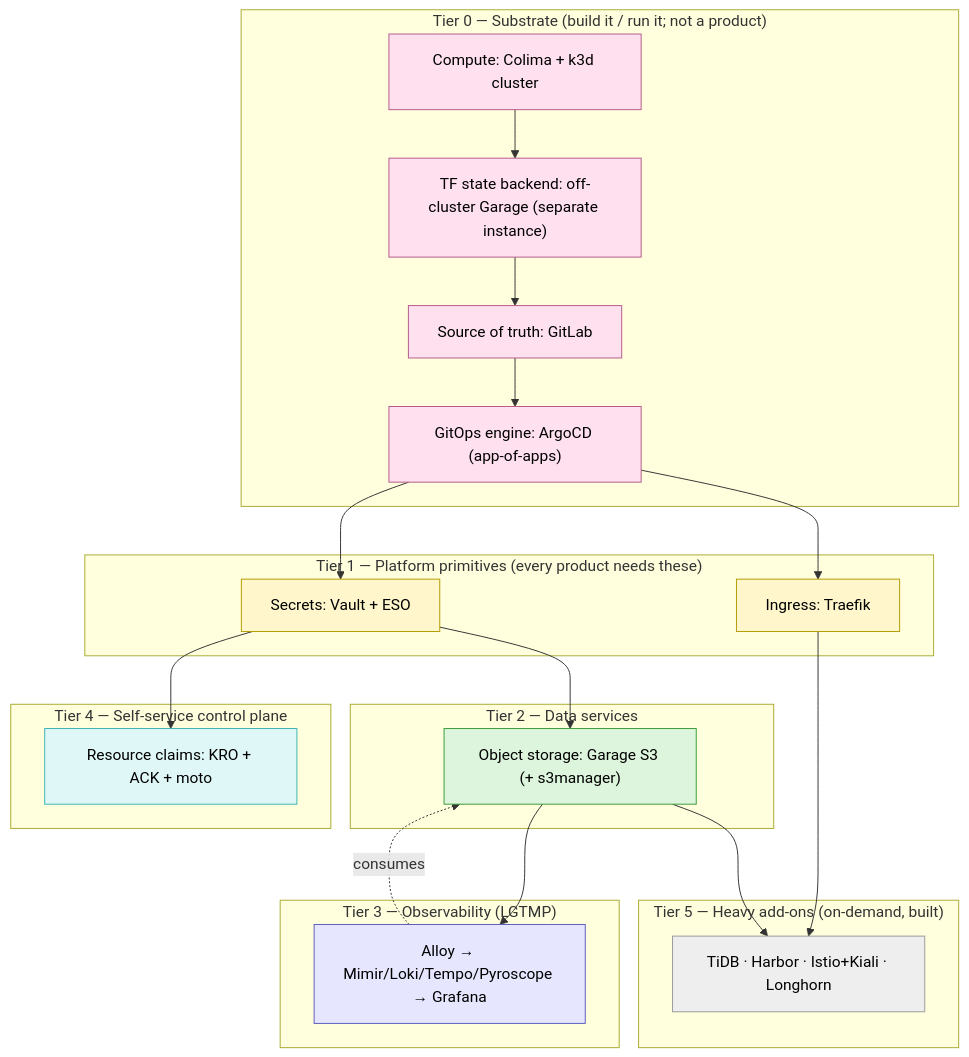
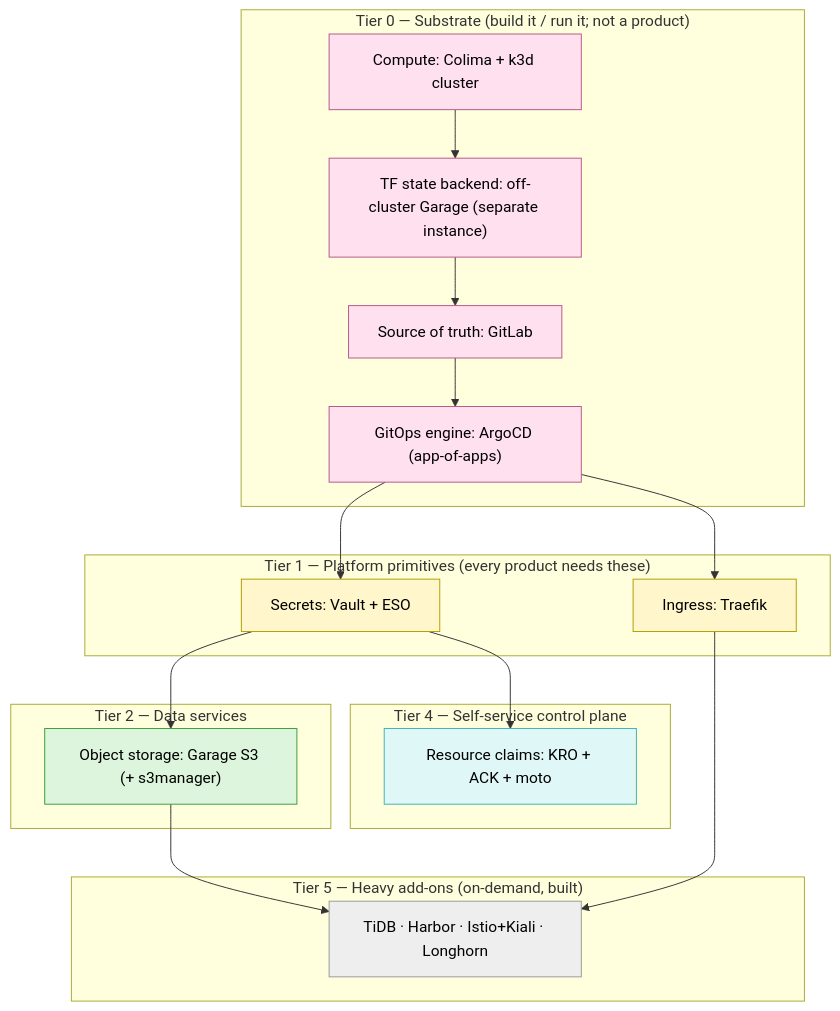
The diagram in docs/platform-products.md (tooming/k8s-anywhere), drawn with Mermaid before and after one commit. The commit also changed other lines of this file and 272 other files, not shown here.

````diff
--- a/docs/platform-products.md
+++ b/docs/platform-products.md
@@ -56,41 +56,35 @@
 ```mermaid
 graph TD
   classDef sub fill:#ffe0ef,stroke:#b3598a,color:#000
   classDef prim fill:#fff6cc,stroke:#b39b00,color:#000
   classDef data fill:#dcf5dc,stroke:#3b9b3b,color:#000
-  classDef obs fill:#e6e6ff,stroke:#5b5bc0,color:#000
   classDef ss fill:#e0f7f7,stroke:#3bb3b3,color:#000
   classDef plan fill:#eeeeee,stroke:#999,color:#000
 
   subgraph T0["Tier 0 — Substrate (build it / run it; not a product)"]
     compute["Compute: Colima + k3d cluster"]:::sub
     state["TF state backend: off-cluster Garage (separate instance)"]:::sub
     scm["Source of truth: GitLab"]:::sub
     cd["GitOps engine: ArgoCD (app-of-apps)"]:::sub
   end
   subgraph T1["Tier 1 — Platform primitives (every product needs these)"]
     secrets["Secrets: Vault + ESO"]:::prim
     ingress["Ingress: Traefik"]:::prim
   end
   subgraph T2["Tier 2 — Data services"]
     s3["Object storage: Garage S3 (+ s3manager)"]:::data
   end
-  subgraph T3["Tier 3 — Observability (LGTMP)"]
-    obs["Alloy → Mimir/Loki/Tempo/Pyroscope → Grafana"]:::obs
-  end
   subgraph T4["Tier 4 — Self-service control plane"]
     claims["Resource claims: KRO + ACK + moto"]:::ss
   end
   subgraph T5["Tier 5 — Heavy add-ons (on-demand, built)"]
     heavy["TiDB · Harbor · Istio+Kiali · Longhorn"]:::plan
   end
 
   compute --> state --> scm --> cd
   cd --> secrets & ingress
   secrets --> s3
-  s3 --> obs
   secrets --> claims
-  obs -. consumes .-> s3
   ingress --> heavy
   s3 --> heavy
 ```
````
